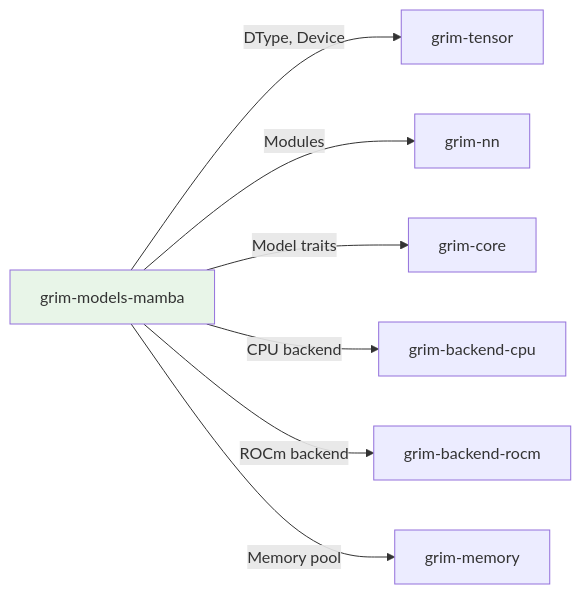
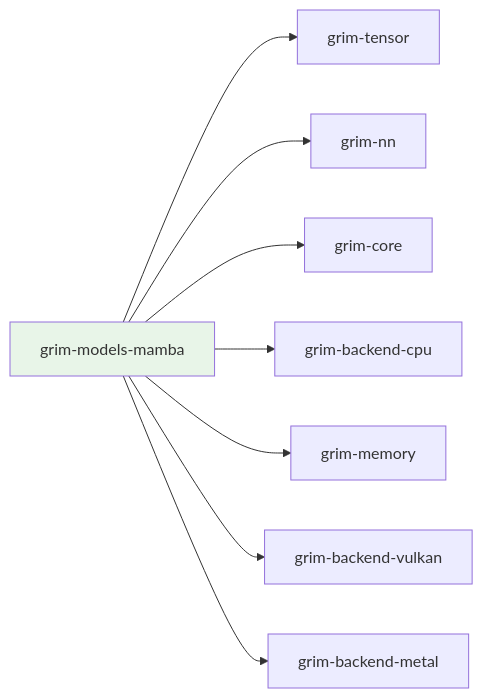
The diagram in crates/grim-models/mamba/README.md (sydonayrex/grim), drawn with Mermaid before and after one commit. The commit also changed other lines of this file and 55 other files, not shown here.

````diff
--- a/crates/grim-models/mamba/README.md
+++ b/crates/grim-models/mamba/README.md
@@ -20,11 +17,12 @@
 ```mermaid
 graph LR
-    A[grim-models-mamba] -->|DType, Device| B[grim-tensor]
-    A -->|Modules| C[grim-nn]
-    A -->|Model traits| D[grim-core]
-    A -->|CPU backend| E[grim-backend-cpu]
-    A -->|ROCm backend| F[grim-backend-rocm]
-    A -->|Memory pool| G[grim-memory]
-    
+    A[grim-models-mamba] --> B[grim-tensor]
+    A --> C[grim-nn]
+    A --> D[grim-core]
+    A --> E[grim-backend-cpu]
+    A --> F[grim-memory]
+    A --> G[grim-backend-vulkan]
+    A --> H[grim-backend-metal]
+
     style A fill:#e8f5e8
 ```
````
